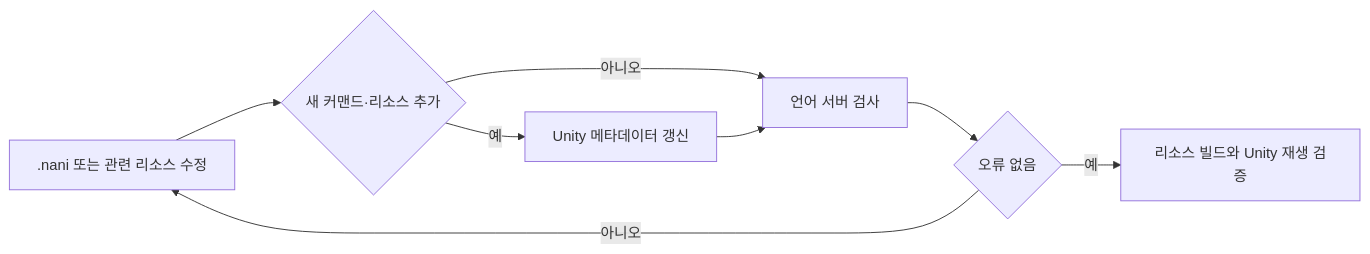
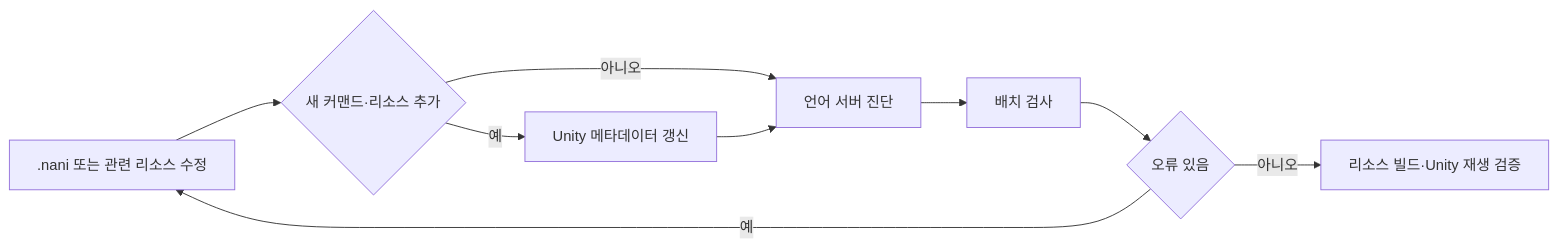
Before and after one commit to chaaaron000/game-project-code-archive: the third of 3 diagrams in VisualNovelDev/README.md, drawn with Mermaid. The commit also changed other lines of this file, not shown here.

````diff
--- a/VisualNovelDev/README.md
+++ b/VisualNovelDev/README.md
@@ -130,10 +59,11 @@
 ```mermaid
 flowchart LR
     A[.nani 또는 관련 리소스 수정] --> B{새 커맨드·리소스 추가}
     B -->|예| C[Unity 메타데이터 갱신]
-    B -->|아니오| D[언어 서버 검사]
+    B -->|아니오| D[언어 서버 진단]
     C --> D
-    D --> E{오류 없음}
-    E -->|아니오| A
-    E -->|예| F[리소스 빌드와 Unity 재생 검증]
+    D --> E[배치 검사]
+    E --> F{오류 있음}
+    F -->|예| A
+    F -->|아니오| G[리소스 빌드·Unity 재생 검증]
 ```
````
